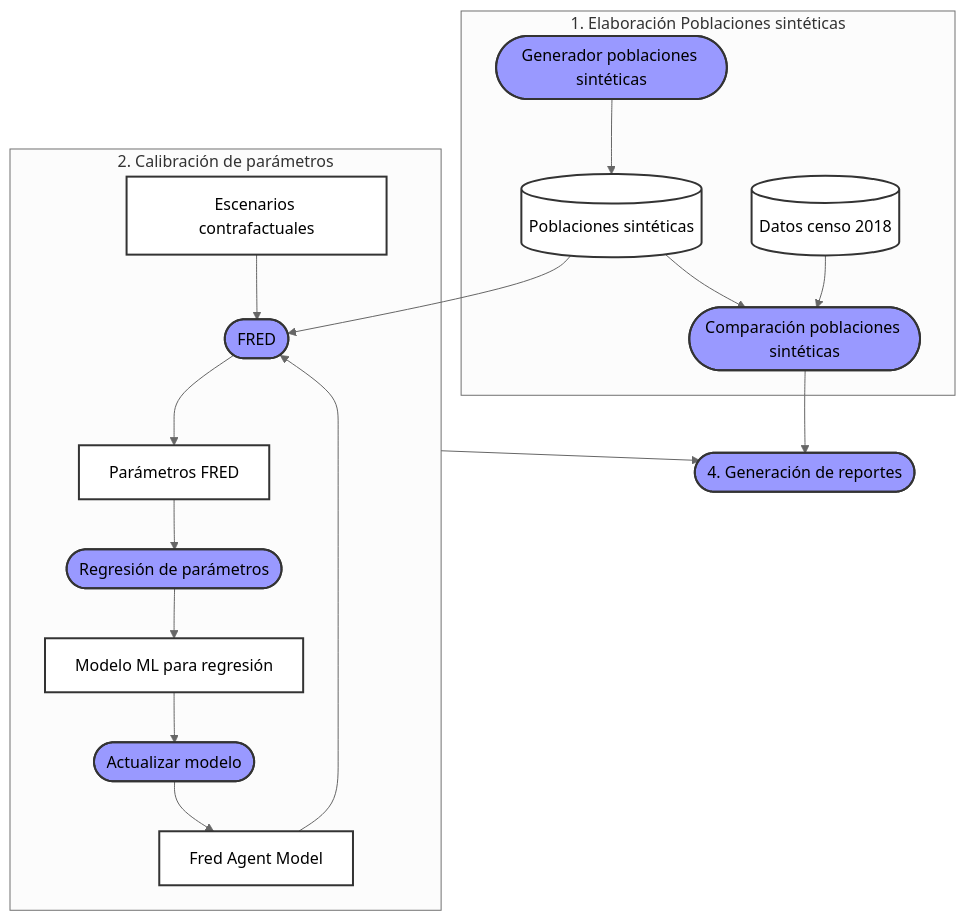
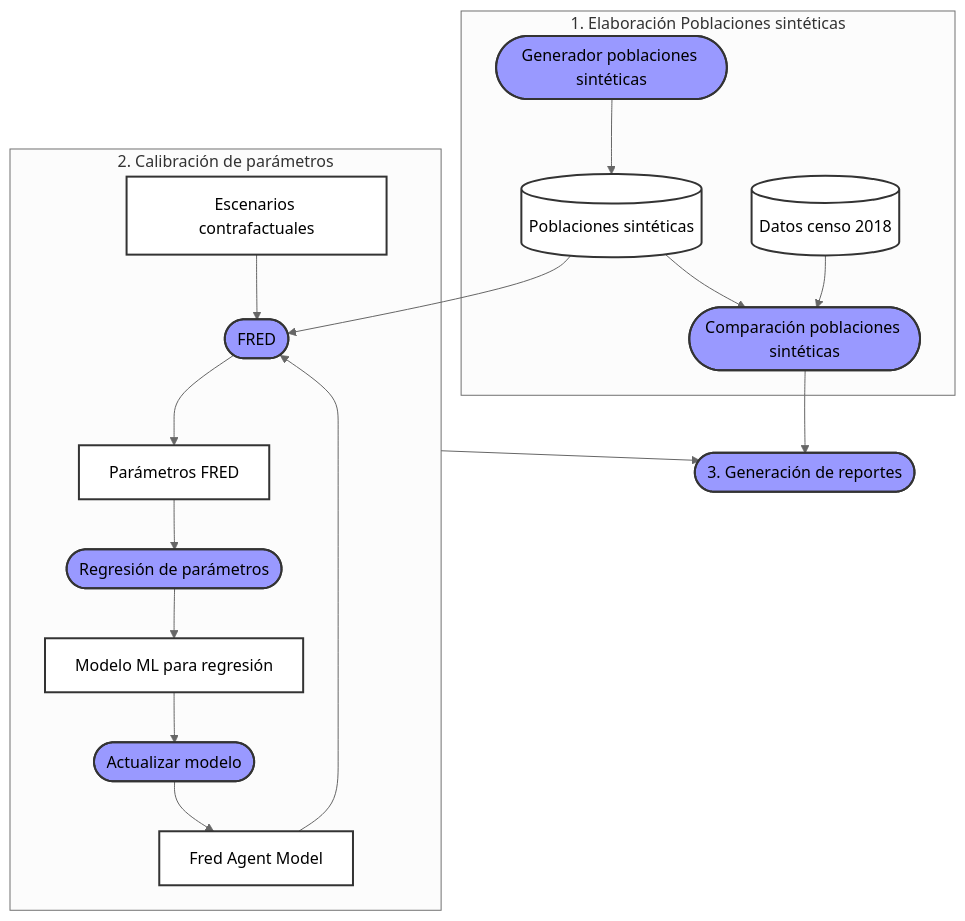
One commit to AGORA-COL/.github changed the diagram in profile/FRED/FlujoDatos.md. Above: the diagram before and after it, drawn with Mermaid (neutral theme). The commit also changed other lines of this file and 3 other files, not shown here.

````diff
--- a/profile/FRED/FlujoDatos.md
+++ b/profile/FRED/FlujoDatos.md
@@ -11,43 +11,47 @@
 ```mermaid
 flowchart TB
     subgraph EPS[1. Elaboración Poblaciones sintéticas]
         GPS([Generador poblaciones sintéticas])
         PS[(Poblaciones sintéticas)]
         CPS([Comparación poblaciones sintéticas])
         DC[(Datos censo 2018)]
     end 
-    PS --> FE
+    PS --> F
     subgraph CP[2. Calibración de parámetros]
         EC[Escenarios contrafactuales]
         FAM[Fred Agent Model]
-        FE([FRED])
+        F([FRED])
         FP[Parámetros FRED]
         RP([Regresión de parámetros])
         ML[Modelo ML para regresión]
         AM([Actualizar modelo])
-        FAM --> FE --> FP --> RP --> ML --> AM --> FAM
-        EC --> FE
+        FAM --> F --> FP --> RP --> ML --> AM --> FAM
+        EC --> F
     end
-    R([4. Generación de reportes])
+    R([3. Generación de reportes])
 
     GPS --> PS --> CPS
     DC --> CPS
     CP --> R
     CPS --> R
 
 
+    %% Links
     click GPS "https://github.com/AGORA-COL/synthetic_populations"
+    click ML "https://github.com/AGORA-COL/fred_parameters_regression"
+    click R "https://github.com/AGORA-COL/model-reports"
+    click F "https://github.com/AGORA-COL/FRED"
+    click FAM "https://github.com/AGORA-COL/fred_colombia_implementation"
 
+    %% Styles
 
-    class FE,R,RP,GPS,CPS,AM process;
+    class F,R,RP,GPS,CPS,AM process;
     class PS,DC repository;
     class EC,ML,FAM,FP model;
-
 
     classDef model fill:white,stroke:#333,stroke-width:2px,color:#000;
     classDef process fill:#99f,stroke:#333,stroke-width:2px,color:black;
     classDef repository fill:#fff,stroke:#333,stroke-width:2px,stroke: 5 5,color:#000;
     classDef software fill:orange,stroke:#333,stroke-width:2px,color:#000;
     classDef report fill:#ddd,stroke:#333,stroke-width:2px,color:#000;
-
 ```
````
